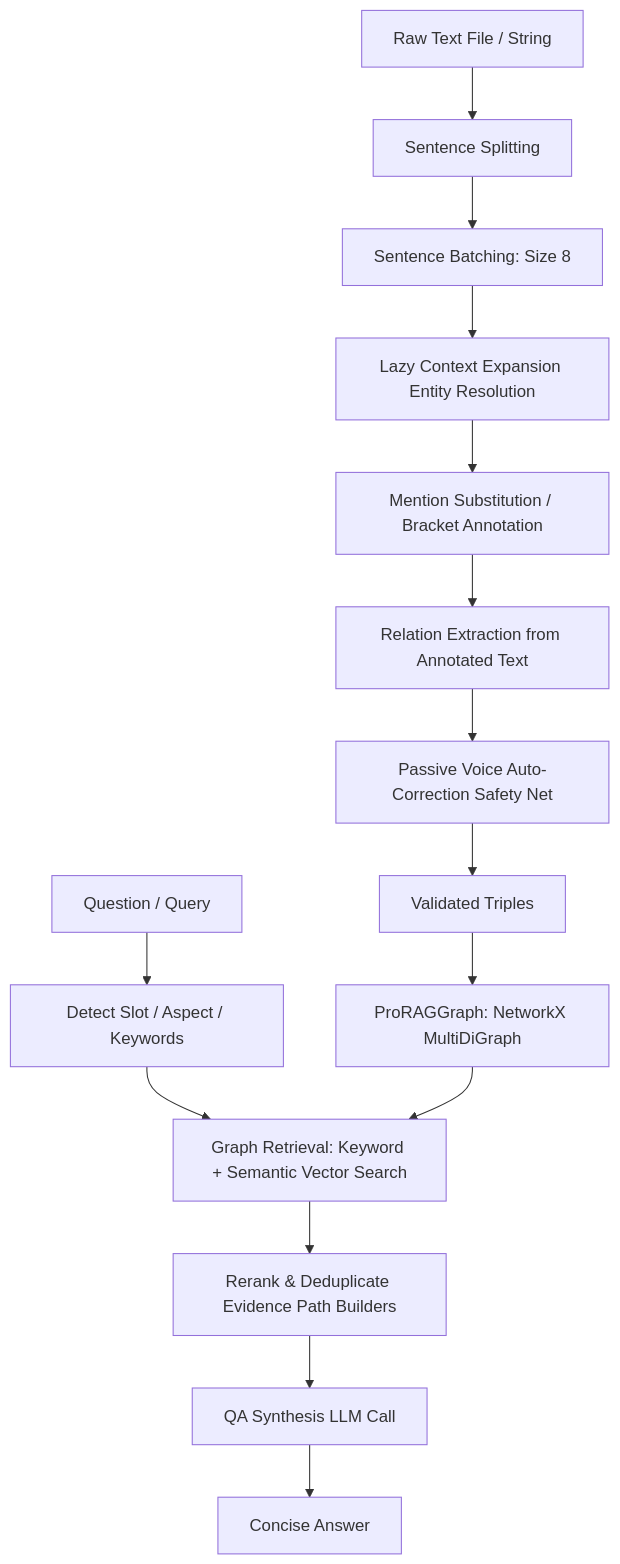
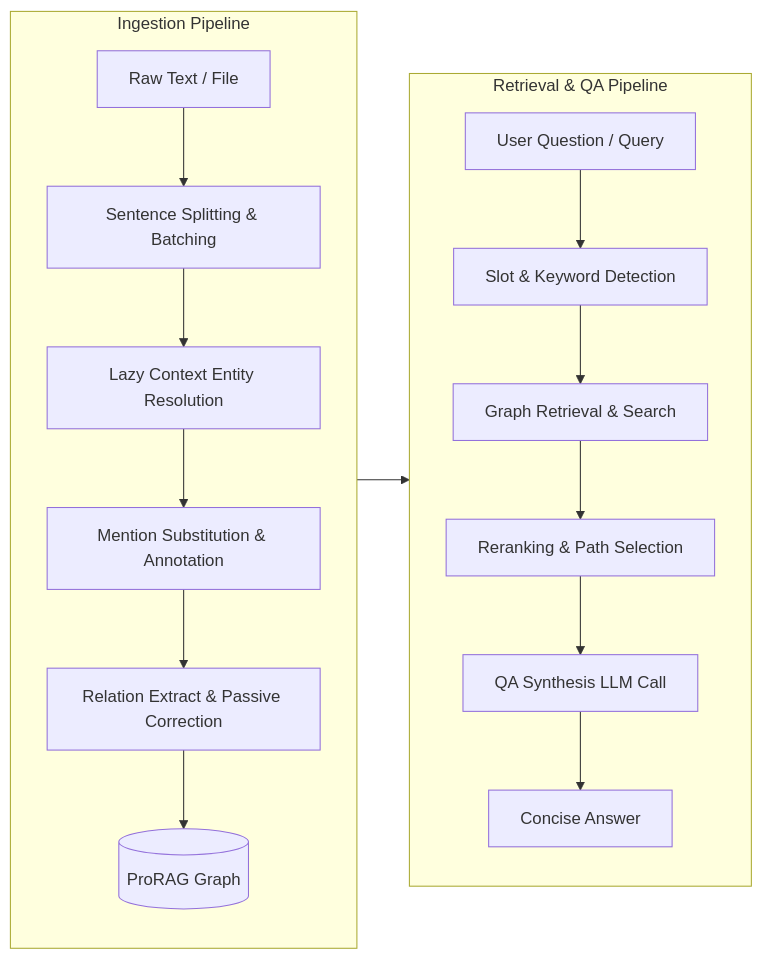
The diagram in README.md (entity-solo/prorag), drawn with Mermaid before and after one commit.

Commit message:
docs: balance nodes in architecture Mermaid diagram for symmetry

````diff
--- a/README.md
+++ b/README.md
@@ -13,18 +13,22 @@
 ```mermaid
-graph TD
-    A[Raw Text File / String] --> B[Sentence Splitting]
-    B --> C[Sentence Batching: Size 8]
-    C --> D[Lazy Context Expansion Entity Resolution]
-    D --> E[Mention Substitution / Bracket Annotation]
-    E --> F[Relation Extraction from Annotated Text]
-    F --> G[Passive Voice Auto-Correction Safety Net]
-    G --> H[Validated Triples]
-    H --> I[ProRAGGraph: NetworkX MultiDiGraph]
-    
-    J[Question / Query] --> K[Detect Slot / Aspect / Keywords]
-    K --> L[Graph Retrieval: Keyword + Semantic Vector Search]
+flowchart LR
+    subgraph Ingestion [Ingestion Pipeline]
+        direction TB
+        A[Raw Text / File] --> B[Sentence Splitting & Batching]
+        B --> C[Lazy Context Entity Resolution]
+        C --> D[Mention Substitution & Annotation]
+        D --> E[Relation Extract & Passive Correction]
+        E --> I[(ProRAG Graph)]
+    end
+
+    subgraph Retrieval [Retrieval & QA Pipeline]
+        direction TB
+        J[User Question / Query] --> K[Slot & Keyword Detection]
+        K --> L[Graph Retrieval & Search]
+        L --> M[Reranking & Path Selection]
+        M --> N[QA Synthesis LLM Call]
+        N --> O[Concise Answer]
+    end
+
     I --> L
-    L --> M[Rerank & Deduplicate Evidence Path Builders]
-    M --> N[QA Synthesis LLM Call]
-    N --> O[Concise Answer]
 ```
````
